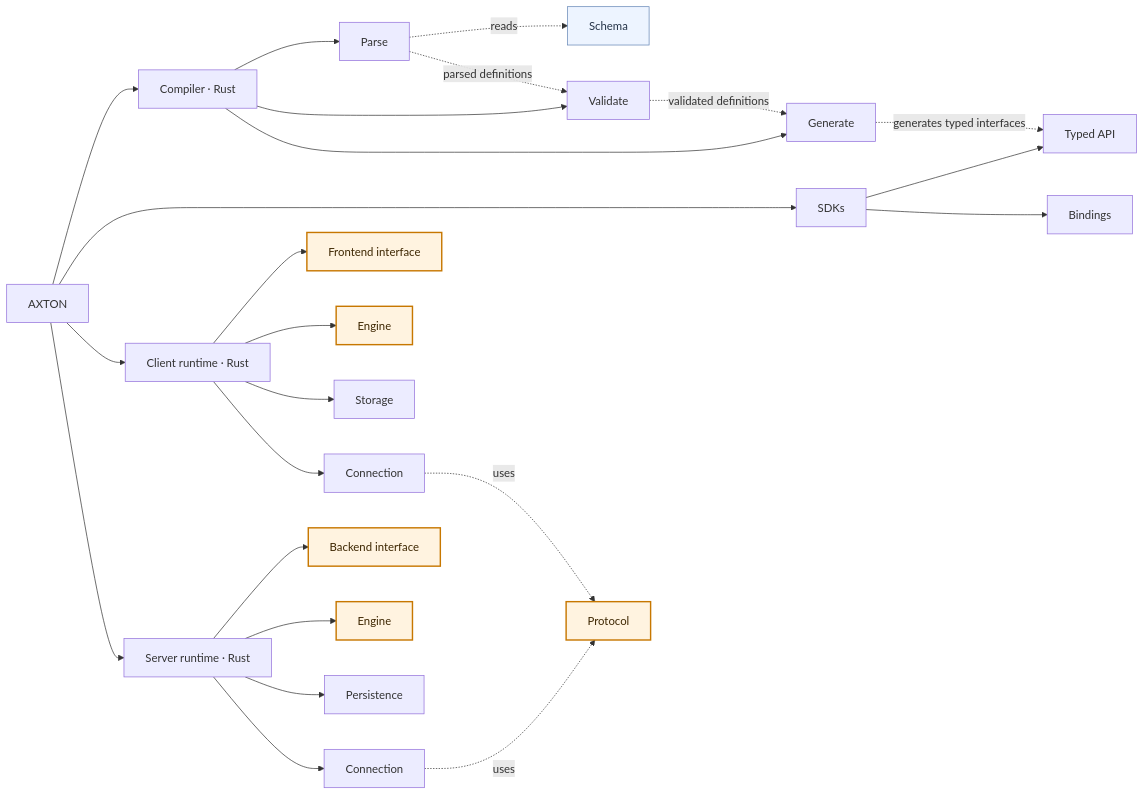
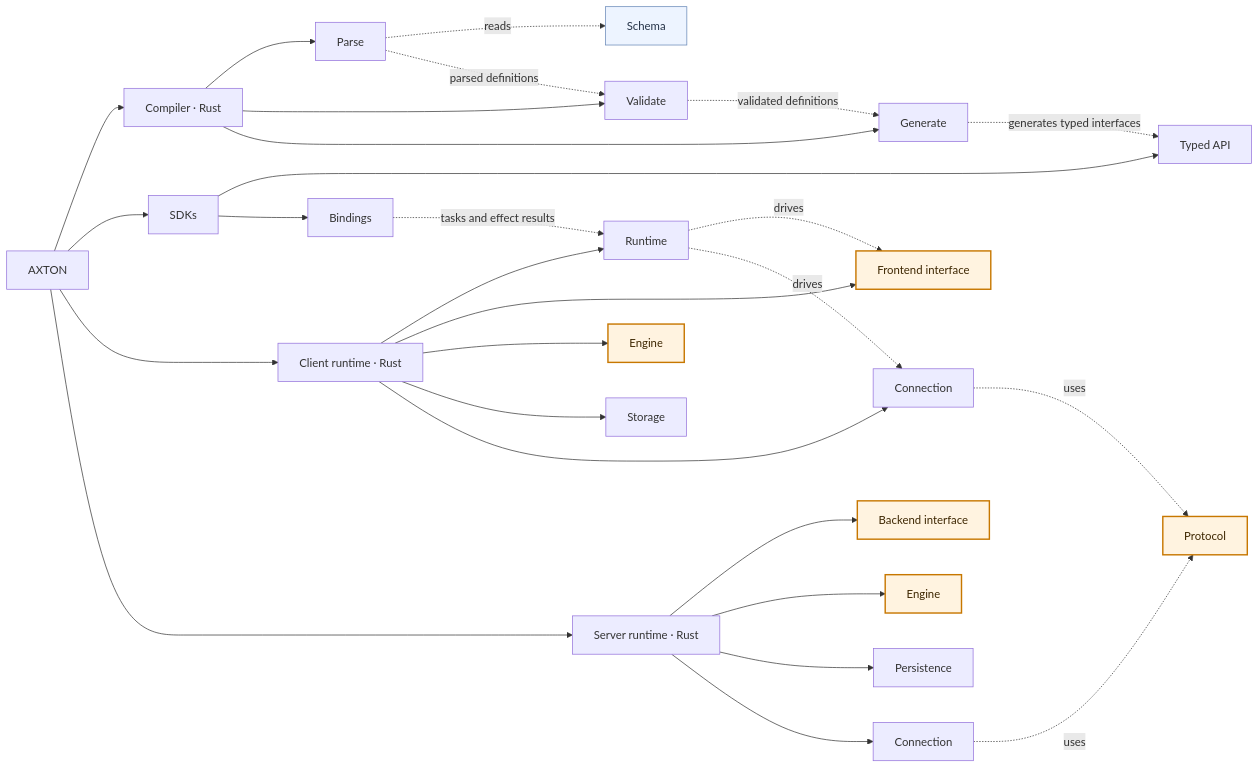
The diagram in docs/engineering/architecture.md (zanminwang/axton), drawn with Mermaid before and after one commit. The commit also changed other lines of this file and 104 other files, not shown here.

````diff
--- a/docs/engineering/architecture.md
+++ b/docs/engineering/architecture.md
@@ -60,41 +61,46 @@
 ```mermaid
 flowchart LR
     A["AXTON"]
 
     A --> C["Compiler · Rust"]
     C --> CP["Parse"]
     C --> CV["Validate"]
     C --> CG["Generate"]
 
     A --> SDK["SDKs"]
     SDK --> API["Typed API"]
     SDK --> B["Bindings"]
 
     A --> CL["Client runtime · Rust"]
+    CL --> CR["Runtime"]
     CL --> CF["Frontend interface"]
     CL --> CE["Engine"]
     CL --> CS["Storage"]
     CL --> CC["Connection"]
 
     A --> SR["Server runtime · Rust"]
     SR --> SB["Backend interface"]
     SR --> SE["Engine"]
     SR --> SP["Persistence"]
     SR --> SC["Connection"]
 
     SCH["Schema"]
     PRO["Protocol"]
 
     CP -. reads .-> SCH
     CP -. parsed definitions .-> CV
     CV -. validated definitions .-> CG
     CG -. generates typed interfaces .-> API
 
+    B -. tasks and effect results .-> CR
+    CR -. drives .-> CF
+    CR -. drives .-> CC
+
     CC -. uses .-> PRO
     SC -. uses .-> PRO
 
     classDef contract fill:#edf4ff,stroke:#6485b5,color:#243247;
     classDef core fill:#fff3e0,stroke:#c77700,color:#3d2600,stroke-width:2px;
     class SCH contract;
     class PRO,CE,CF,SE,SB core;
 ```
````
